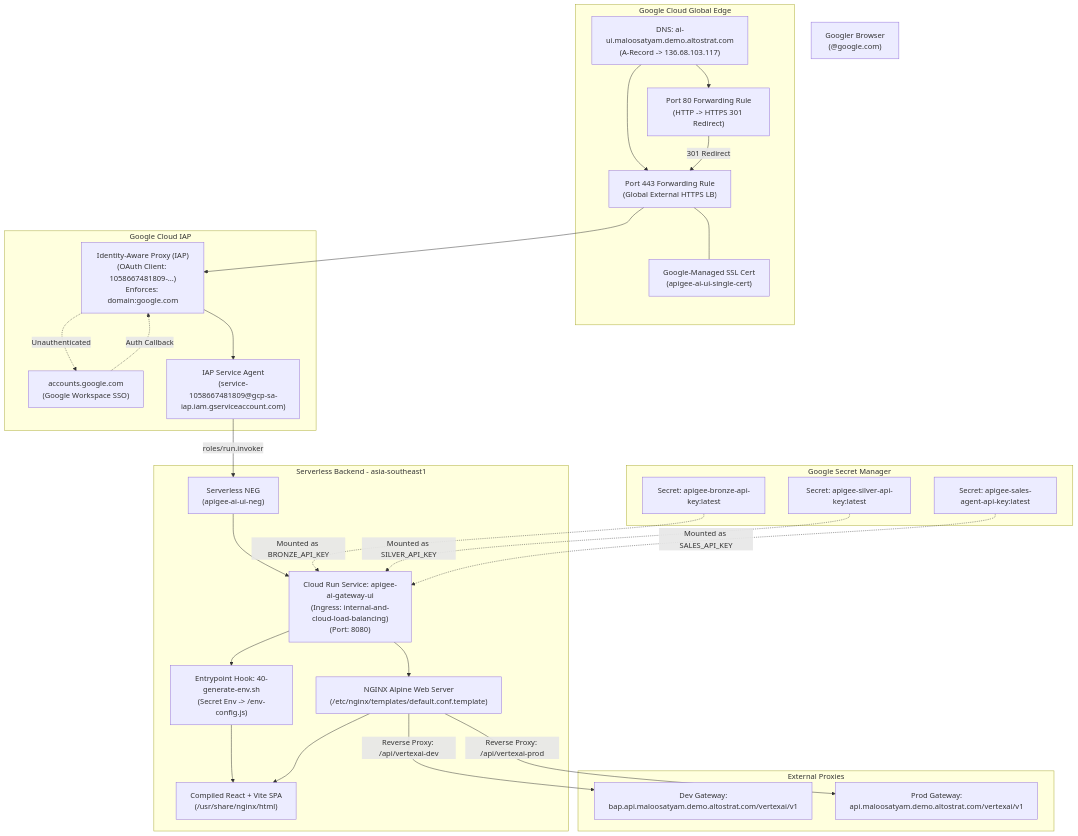
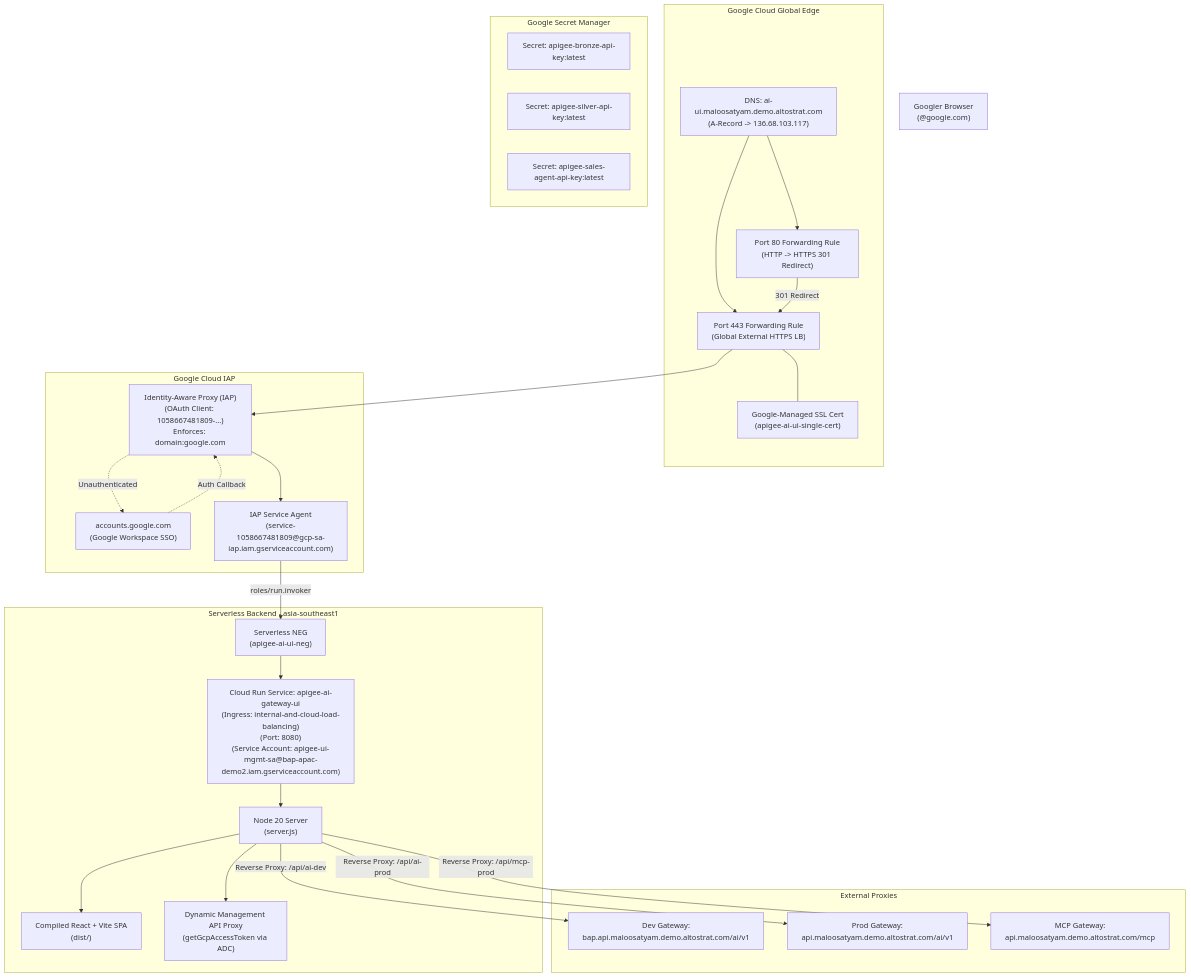
Before and after one commit to yem0428/apigee-ai-gateway-demo: the diagram in docs/cloud_run_iap_deployment_guide.md, drawn with Mermaid. The commit also changed 2 other files, not shown here.

Commit message:
feat(apps): add Display Name matching Name to Sales and Loans app configurations

````diff
--- a/docs/cloud_run_iap_deployment_guide.md
+++ b/docs/cloud_run_iap_deployment_guide.md
@@ -22,59 +22,57 @@
 ```mermaid
 flowchart TB
     User["Googler Browser\n(@google.com)"]
     
     subgraph Edge Layer [Google Cloud Global Edge]
         DNS["DNS: ai-ui.maloosatyam.demo.altostrat.com\n(A-Record -> 136.68.103.117)"]
         Port80["Port 80 Forwarding Rule\n(HTTP -> HTTPS 301 Redirect)"]
         Port443["Port 443 Forwarding Rule\n(Global External HTTPS LB)"]
         Cert["Google-Managed SSL Cert\n(apigee-ai-ui-single-cert)"]
         
         DNS --> Port80
         DNS --> Port443
         Port80 -->|301 Redirect| Port443
         Port443 --- Cert
     end
 
     subgraph Security Layer [Google Cloud IAP]
         IAP["Identity-Aware Proxy (IAP)\n(OAuth Client: 1058667481809-...)\nEnforces: domain:google.com"]
         GoogleLogin["accounts.google.com\n(Google Workspace SSO)"]
         IAP_SA["IAP Service Agent\n(service-1058667481809@gcp-sa-iap.iam.gserviceaccount.com)"]
         
         Port443 --> IAP
         IAP -.->|Unauthenticated| GoogleLogin
         GoogleLogin -.->|Auth Callback| IAP
         IAP --> IAP_SA
     end
 
     subgraph Secret Layer [Google Secret Manager]
         SM_Bronze["Secret: apigee-bronze-api-key:latest"]
         SM_Silver["Secret: apigee-silver-api-key:latest"]
         SM_Sales["Secret: apigee-sales-agent-api-key:latest"]
     end
 
     subgraph Compute Layer [Serverless Backend - asia-southeast1]
         NEG["Serverless NEG\n(apigee-ai-ui-neg)"]
-        CloudRun["Cloud Run Service: apigee-ai-gateway-ui\n(Ingress: internal-and-cloud-load-balancing)\n(Port: 8080)"]
-        Nginx["NGINX Alpine Web Server\n(/etc/nginx/templates/default.conf.template)"]
-        EnvScript["Entrypoint Hook: 40-generate-env.sh\n(Secret Env -> /env-config.js)"]
-        Static["Compiled React + Vite SPA\n(/usr/share/nginx/html)"]
+        CloudRun["Cloud Run Service: apigee-ai-gateway-ui\n(Ingress: internal-and-cloud-load-balancing)\n(Port: 8080)\n(Service Account: apigee-ui-mgmt-sa@bap-apac-demo2.iam.gserviceaccount.com)"]
+        NodeServer["Node 20 Server\n(server.js)"]
+        Static["Compiled React + Vite SPA\n(dist/)"]
+        ManagementProxy["Dynamic Management API Proxy\n(getGcpAccessToken via ADC)"]
 
         IAP_SA -->|roles/run.invoker| NEG
         NEG --> CloudRun
-        SM_Bronze -.->|Mounted as BRONZE_API_KEY| CloudRun
-        SM_Silver -.->|Mounted as SILVER_API_KEY| CloudRun
-        SM_Sales -.->|Mounted as SALES_API_KEY| CloudRun
-        CloudRun --> EnvScript
-        EnvScript --> Static
-        CloudRun --> Nginx
-        Nginx --> Static
+        CloudRun --> NodeServer
+        NodeServer --> Static
+        NodeServer --> ManagementProxy
     end
 
     subgraph Apigee AI Gateway Layer [External Proxies]
-        DevProxy["Dev Gateway:\nbap.api.maloosatyam.demo.altostrat.com/vertexai/v1"]
-        ProdProxy["Prod Gateway:\napi.maloosatyam.demo.altostrat.com/vertexai/v1"]
+        DevProxy["Dev Gateway:\nbap.api.maloosatyam.demo.altostrat.com/ai/v1"]
+        ProdProxy["Prod Gateway:\napi.maloosatyam.demo.altostrat.com/ai/v1"]
+        McpProxy["MCP Gateway:\napi.maloosatyam.demo.altostrat.com/mcp"]
         
-        Nginx -->|Reverse Proxy: /api/vertexai-dev| DevProxy
-        Nginx -->|Reverse Proxy: /api/vertexai-prod| ProdProxy
+        NodeServer -->|Reverse Proxy: /api/ai-dev| DevProxy
+        NodeServer -->|Reverse Proxy: /api/ai-prod| ProdProxy
+        NodeServer -->|Reverse Proxy: /api/mcp-prod| McpProxy
     end
 ```
````
